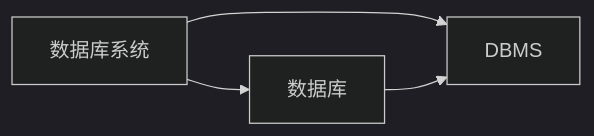
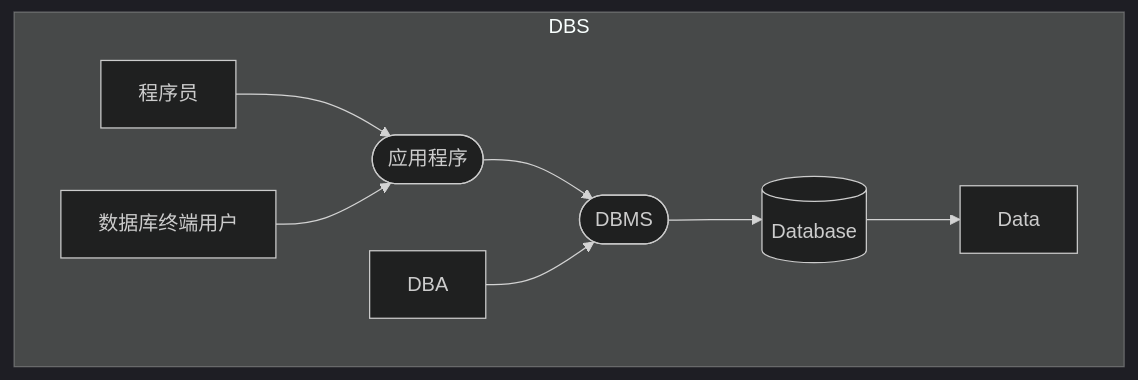
One commit to A-long-Li/A-long-li.github.io changed the first of 2 diagrams in src/notes/unorder/database.md. Above: the diagram before and after it, drawn with Mermaid (dark theme). The commit also changed 1 other file, not shown here.

Commit message:
Updates on 2024-03-19 22:43:34

````diff
--- a/src/notes/unorder/database.md
+++ b/src/notes/unorder/database.md
@@ -22,6 +22,12 @@
 ```mermaid
-graph LR
-A[数据库系统] --> B[数据库]
-A[数据库系统] --> C[DBMS]
-B[数据库] --> C[DBMS]
+flowchart TD
+subgraph ide1 [DBS]
+A[程序员] --> C([应用程序])
+B[数据库终端用户]--> C([应用程序])
+C([应用程序])--> D([DBMS])
+E[DBA] --> D([DBMS])
+D([DBMS]) --> F[(Database)]
+F[(Database)] --> G[Data]
+end
+
 ```
````
